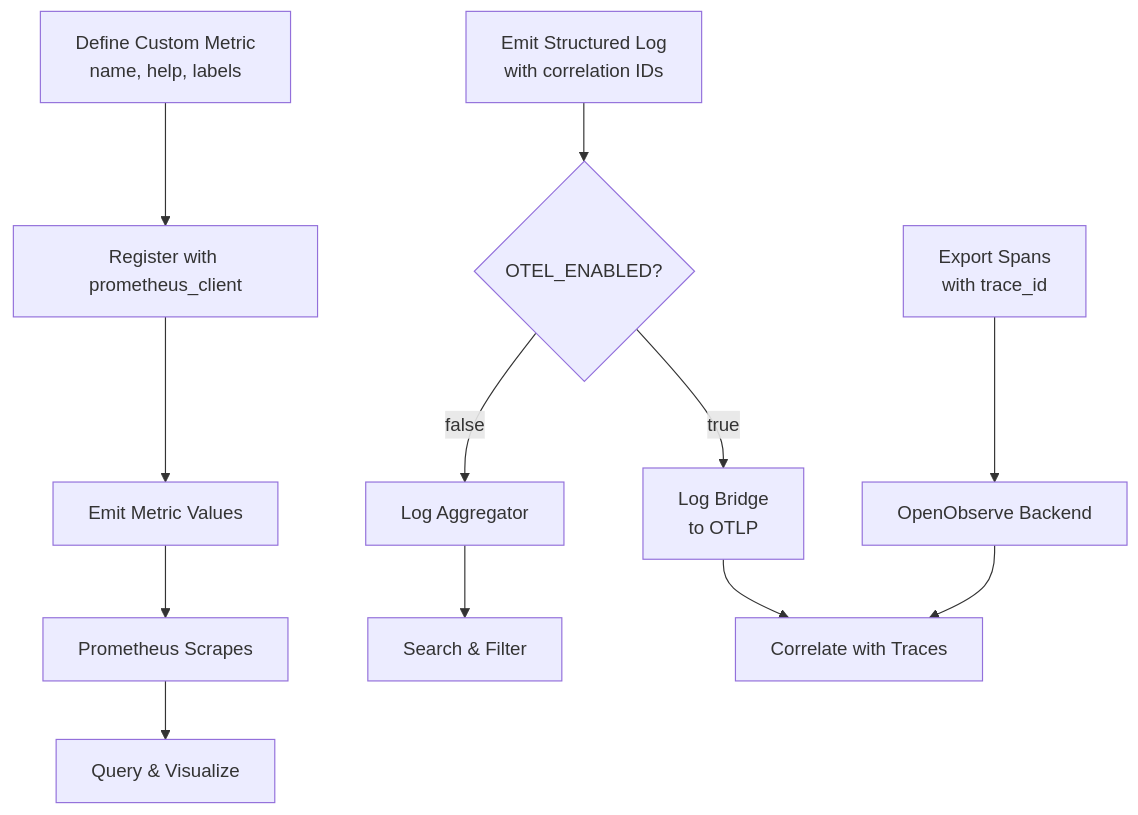
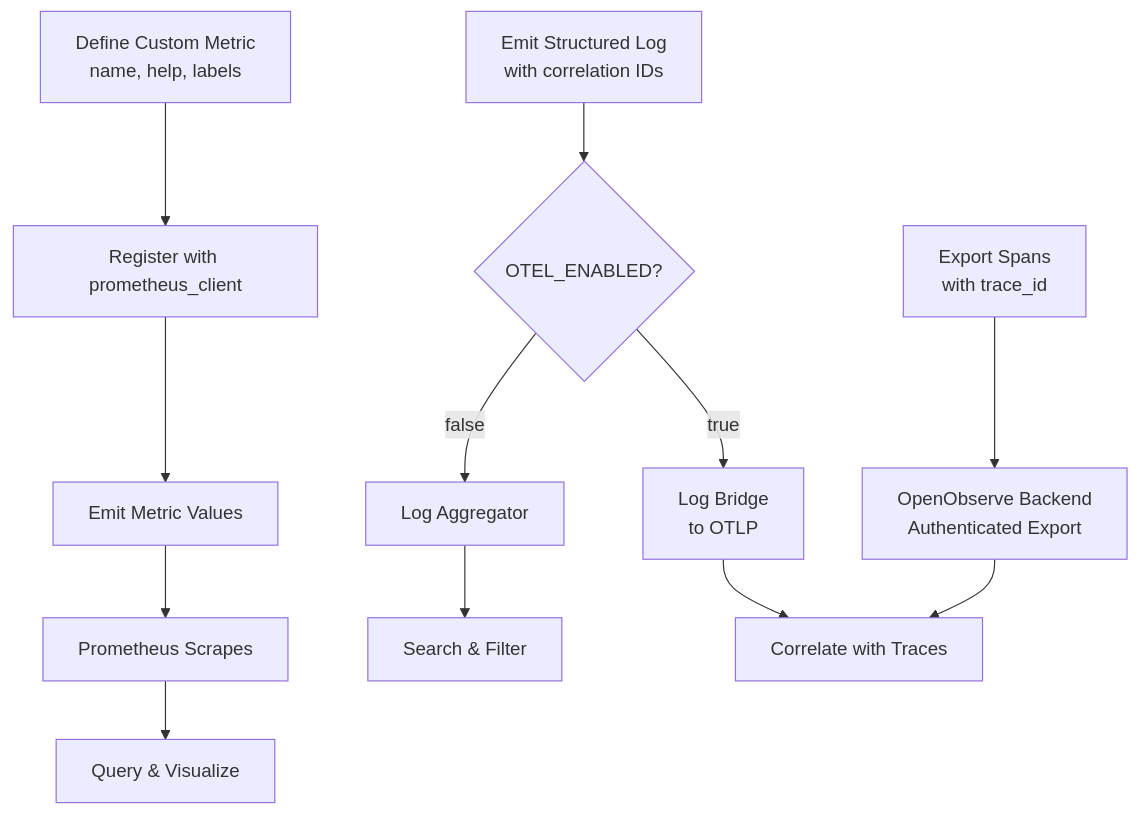
Before and after one commit to metasync/luban-aiops: the tenth of 11 diagrams in .qoder/repowiki/en/content/Monitoring and Observability/Monitoring and Observability.md, drawn with Mermaid. The commit also changed other lines of this file and 4 other files, not shown here.

````diff
--- a/.qoder/repowiki/en/content/Monitoring and Observability/Monitoring and Observability.md
+++ b/.qoder/repowiki/en/content/Monitoring and Observability/Monitoring and Observability.md
@@ -443,14 +494,14 @@
 ```mermaid
 flowchart TD
 DefineMetric["Define Custom Metric<br/>name, help, labels"] --> Register["Register with prometheus_client"]
 Register --> Emit["Emit Metric Values"]
 Emit --> Scrape["Prometheus Scrapes"]
 Scrape --> Query["Query & Visualize"]
 EmitLog["Emit Structured Log<br/>with correlation IDs"] --> CheckOTEL{"OTEL_ENABLED?"}
 CheckOTEL --> |false| Aggregate["Log Aggregator"]
 CheckOTEL --> |true| Bridge["Log Bridge<br/>to OTLP"]
 Bridge --> Correlate["Correlate with Traces"]
 Aggregate --> Search["Search & Filter"]
-ExportTrace["Export Spans<br/>with trace_id"] --> OpenObserve["OpenObserve Backend"]
+ExportTrace["Export Spans<br/>with trace_id"] --> OpenObserve["OpenObserve Backend<br/>Authenticated Export"]
 OpenObserve --> Correlate
 ```
````
